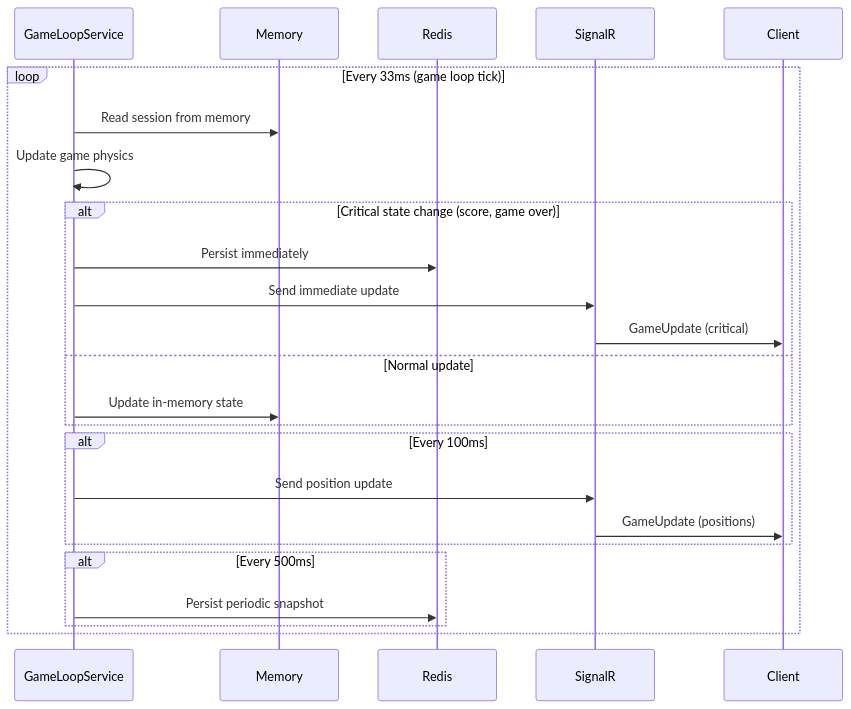
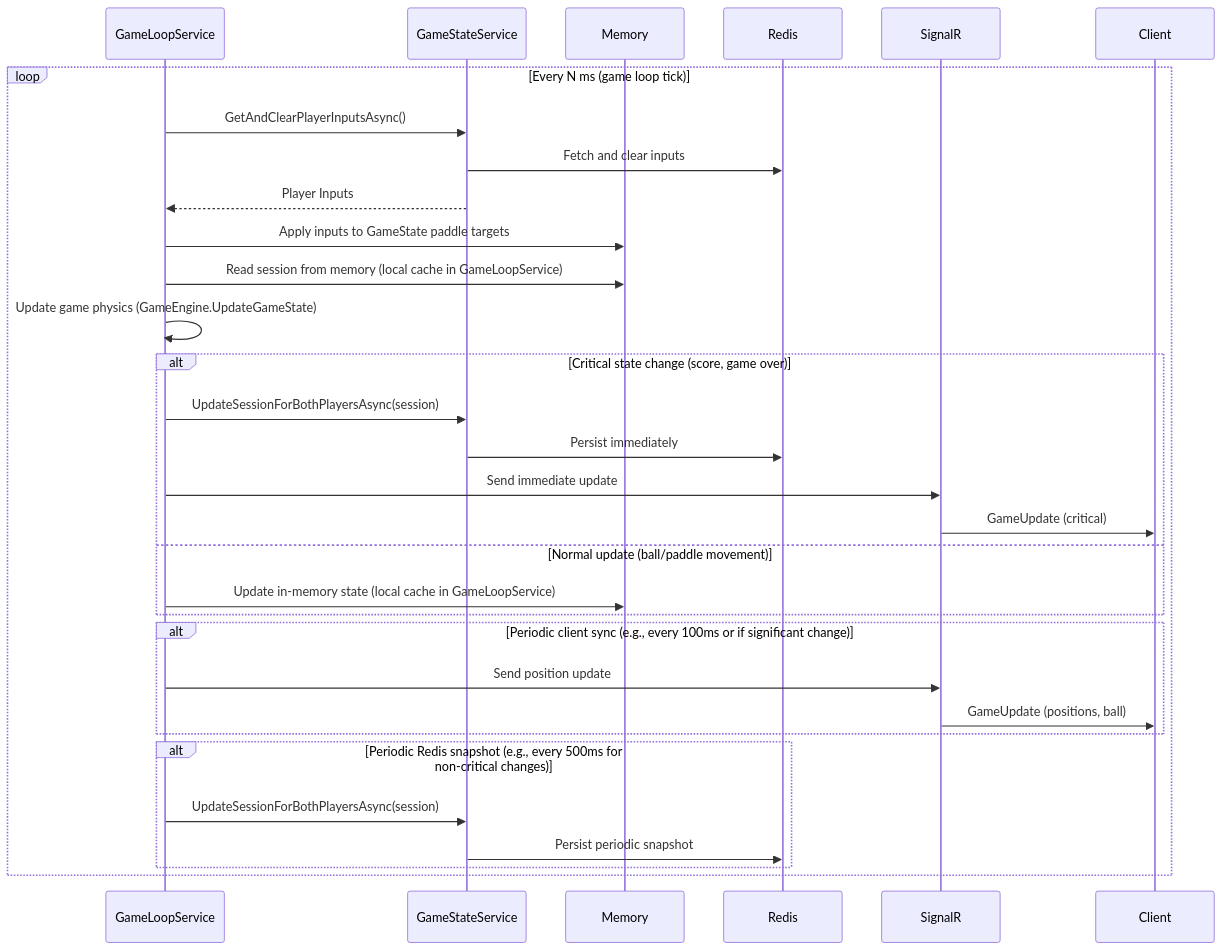
One commit to rmoreirao/AzureOnlinePongGame changed the fourth of 4 diagrams in SYSTEM_DESIGN.md. Above: the diagram before and after it, drawn with Mermaid. The commit also changed other lines of this file and 6 other files, not shown here.

First line of the commit message:
Refactor game state management and input handling in PongHub and GameStateService

````diff
--- a/SYSTEM_DESIGN.md
+++ b/SYSTEM_DESIGN.md
@@ -187,30 +196,37 @@
 ```mermaid
 sequenceDiagram
     participant GameLoopService
+    participant GameStateService
     participant Memory
     participant Redis
     participant SignalR
     participant Client
     
-    loop Every 33ms (game loop tick)
-        GameLoopService->>Memory: Read session from memory
-        GameLoopService->>GameLoopService: Update game physics
+    loop Every N ms (game loop tick)
+        GameLoopService->>GameStateService: GetAndClearPlayerInputsAsync()
+        GameStateService->>Redis: Fetch and clear inputs
+        GameStateService-->>GameLoopService: Player Inputs
+        GameLoopService->>Memory: Apply inputs to GameState paddle targets
+        GameLoopService->>Memory: Read session from memory (local cache in GameLoopService)
+        GameLoopService->>GameLoopService: Update game physics (GameEngine.UpdateGameState)
         
         alt Critical state change (score, game over)
-            GameLoopService->>Redis: Persist immediately
+            GameLoopService->>GameStateService: UpdateSessionForBothPlayersAsync(session)
+            GameStateService->>Redis: Persist immediately
             GameLoopService->>SignalR: Send immediate update
             SignalR->>Client: GameUpdate (critical)
-        else Normal update
-            GameLoopService->>Memory: Update in-memory state
+        else Normal update (ball/paddle movement)
+            GameLoopService->>Memory: Update in-memory state (local cache in GameLoopService)
         end
         
-        alt Every 100ms
+        alt Periodic client sync (e.g., every 100ms or if significant change)
             GameLoopService->>SignalR: Send position update
-            SignalR->>Client: GameUpdate (positions)
+            SignalR->>Client: GameUpdate (positions, ball)
         end
         
-        alt Every 500ms
-            GameLoopService->>Redis: Persist periodic snapshot
+        alt Periodic Redis snapshot (e.g., every 500ms for non-critical changes)
+            GameLoopService->>GameStateService: UpdateSessionForBothPlayersAsync(session)
+            GameStateService->>Redis: Persist periodic snapshot
         end
     end
 ```
````
